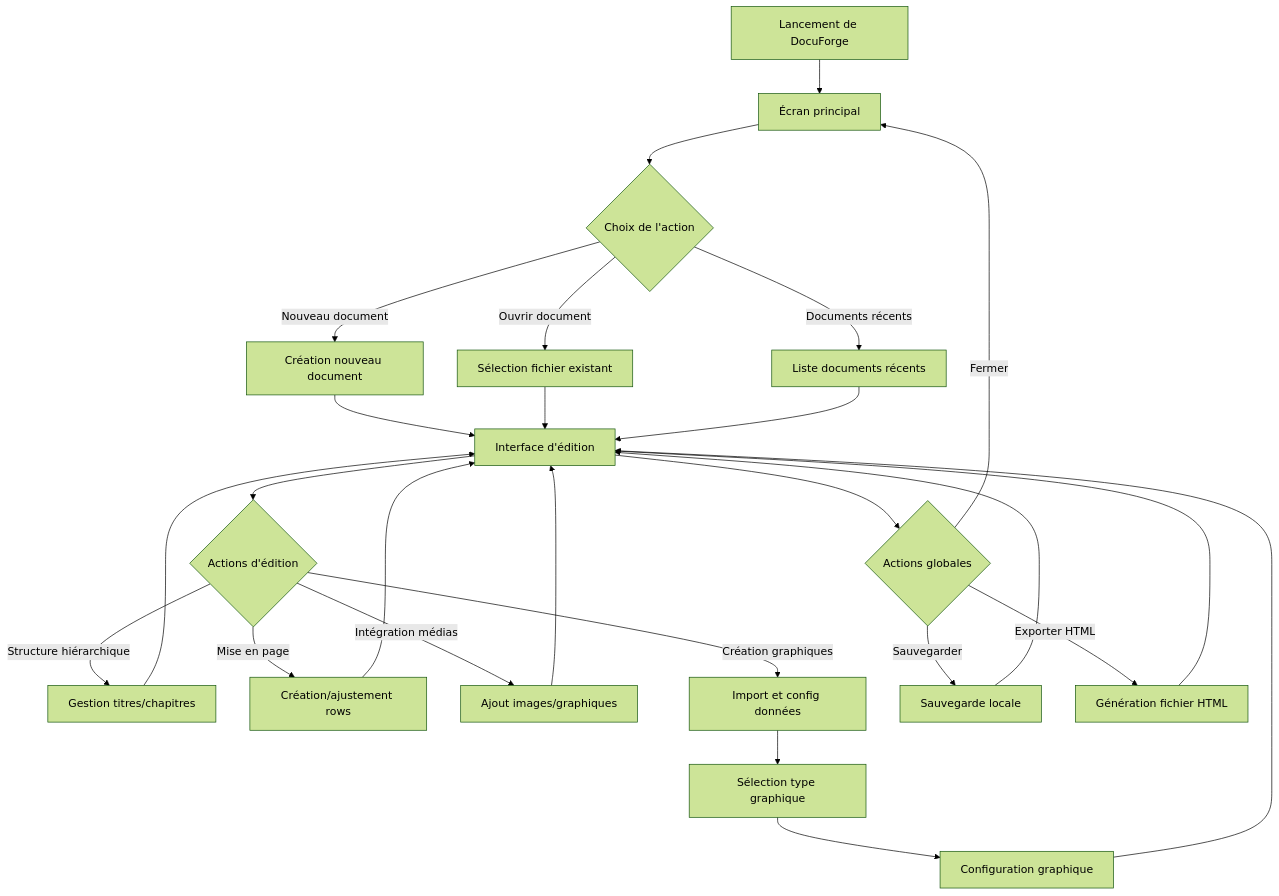
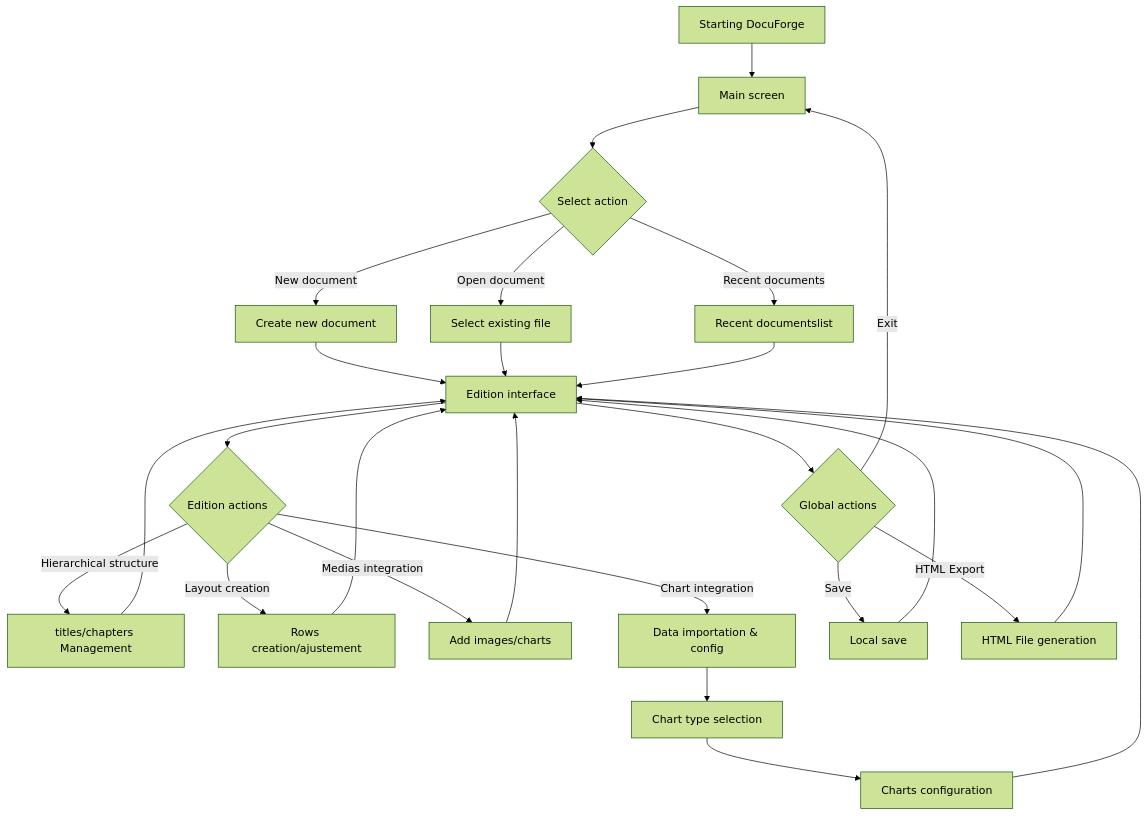
The diagram in README.md (ajkula/docuForge), drawn with Mermaid (forest theme) before and after one commit.

````diff
--- a/README.md
+++ b/README.md
@@ -5,28 +5,28 @@
 ```mermaid
 graph TD
-    A[Lancement de DocuForge] --> B[Écran principal]
-    B --> C{Choix de l'action}
-    C -->|Nouveau document| D[Création nouveau document]
-    C -->|Ouvrir document| E[Sélection fichier existant]
-    C -->|Documents récents| F[Liste documents récents]
-    D --> G[Interface d'édition]
+    A[Starting DocuForge] --> B[Main screen]
+    B --> C{Select action}
+    C -->|New document| D[Create new document]
+    C -->|Open document| E[Select existing file]
+    C -->|Recent documents| F[Recent documentslist]
+    D --> G[Edition interface]
     E --> G
     F --> G
-    G --> H{Actions d'édition}
-    H -->|Structure hiérarchique| I[Gestion titres/chapitres]
-    H -->|Mise en page| J[Création/ajustement rows]
-    H -->|Intégration médias| K[Ajout images/graphiques]
-    H -->|Création graphiques| L[Import et config données]
+    G --> H{Edition actions}
+    H -->|Hierarchical structure| I[titles/chapters Management]
+    H -->|Layout creation| J[Rows creation/ajustement]
+    H -->|Medias integration| K[Add images/charts]
+    H -->|Chart integration| L[Data importation & config]
     I --> G
     J --> G
     K --> G
-    L --> M[Sélection type graphique]
-    M --> N[Configuration graphique]
+    L --> M[Chart type selection]
+    M --> N[Charts configuration]
     N --> G
-    G --> O{Actions globales}
-    O -->|Sauvegarder| P[Sauvegarde locale]
-    O -->|Exporter HTML| Q[Génération fichier HTML]
-    O -->|Fermer| B
+    G --> O{Global actions}
+    O -->|Save| P[Local save]
+    O -->|HTML Export| Q[HTML File generation]
+    O -->|Exit| B
     P --> G
     Q --> G
 ```
````
